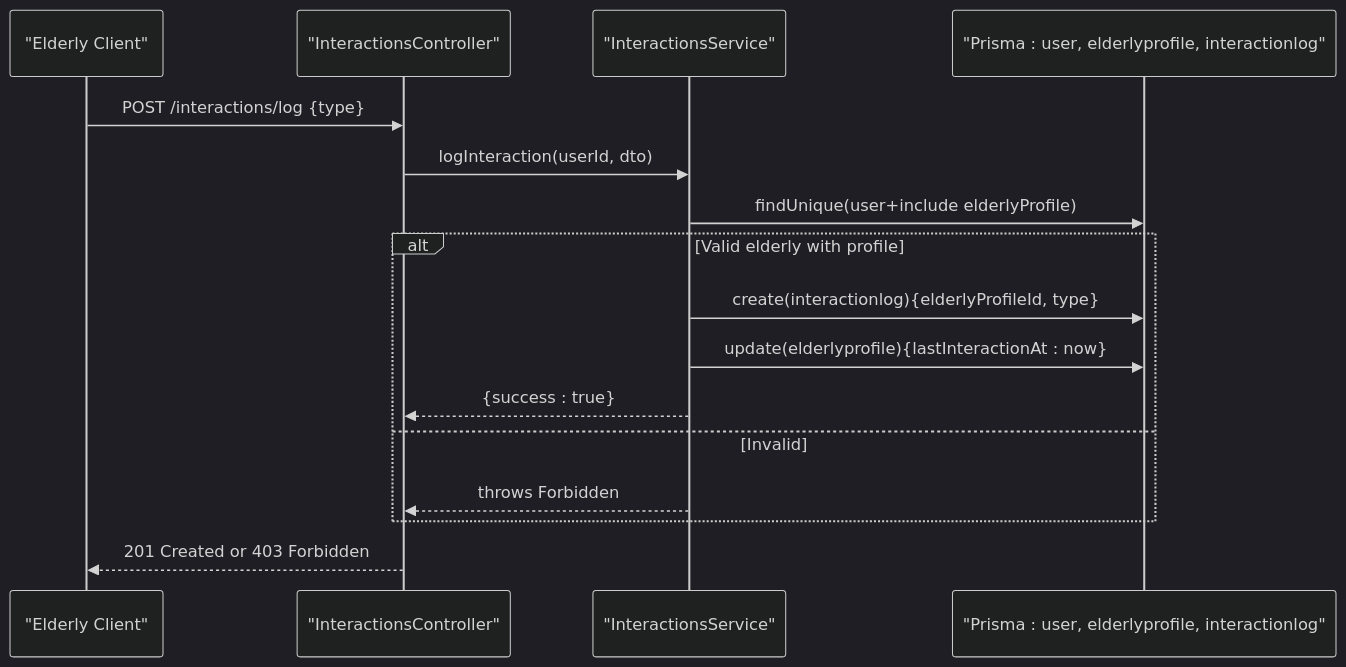
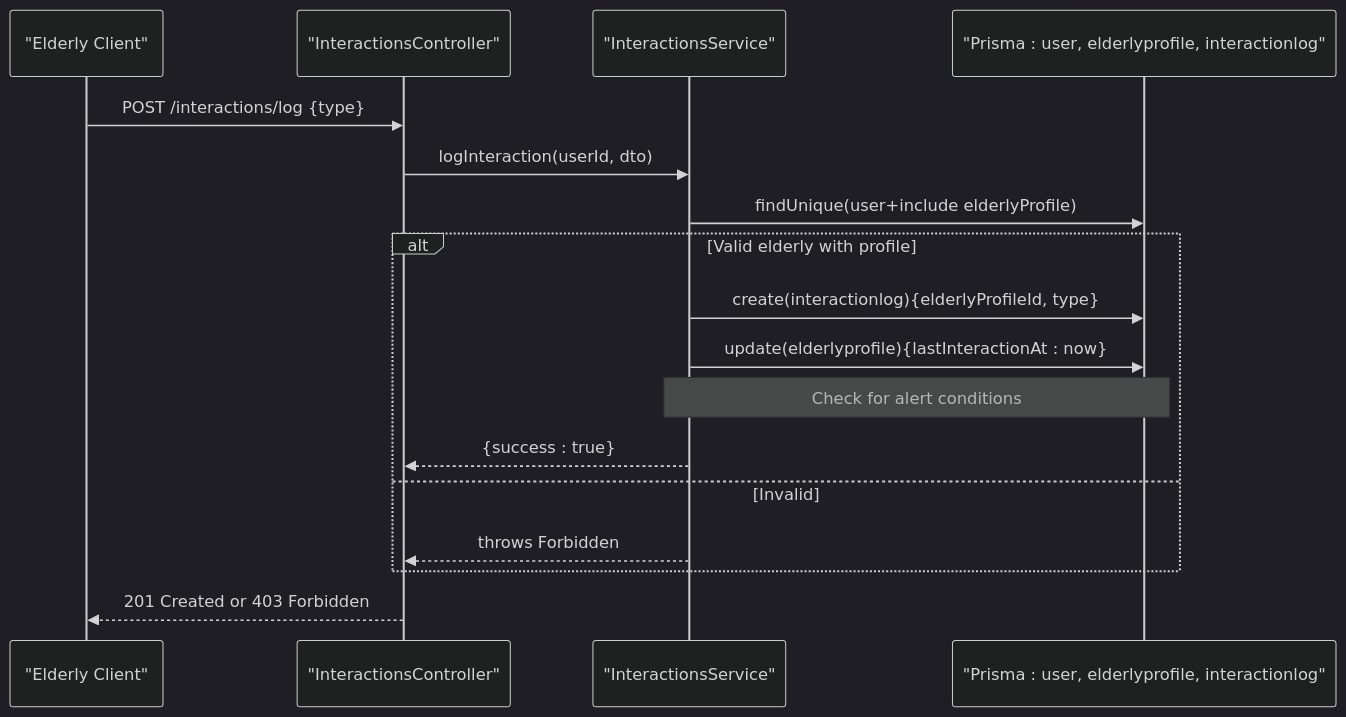
The fourth of 9 diagrams in .qoder/repowiki/en/content/Communication Systems.md (jairosouza67/99-Pai), drawn with Mermaid (dark theme) before and after one commit. The commit also changed other lines of this file and 17 other files, not shown here.

````diff
--- a/.qoder/repowiki/en/content/Communication Systems.md
+++ b/.qoder/repowiki/en/content/Communication Systems.md
@@ -183,18 +238,19 @@
 ```mermaid
 sequenceDiagram
 participant Client as "Elderly Client"
 participant Ctrl as "InteractionsController"
 participant Svc as "InteractionsService"
 participant DB as "Prisma : user, elderlyprofile, interactionlog"
 Client->>Ctrl : POST /interactions/log {type}
 Ctrl->>Svc : logInteraction(userId, dto)
 Svc->>DB : findUnique(user+include elderlyProfile)
 alt Valid elderly with profile
 Svc->>DB : create(interactionlog){elderlyProfileId, type}
 Svc->>DB : update(elderlyprofile){lastInteractionAt : now}
+note over Svc,DB : Check for alert conditions
 Svc-->>Ctrl : {success : true}
 else Invalid
 Svc-->>Ctrl : throws Forbidden
 end
 Ctrl-->>Client : 201 Created or 403 Forbidden
 ```
````
